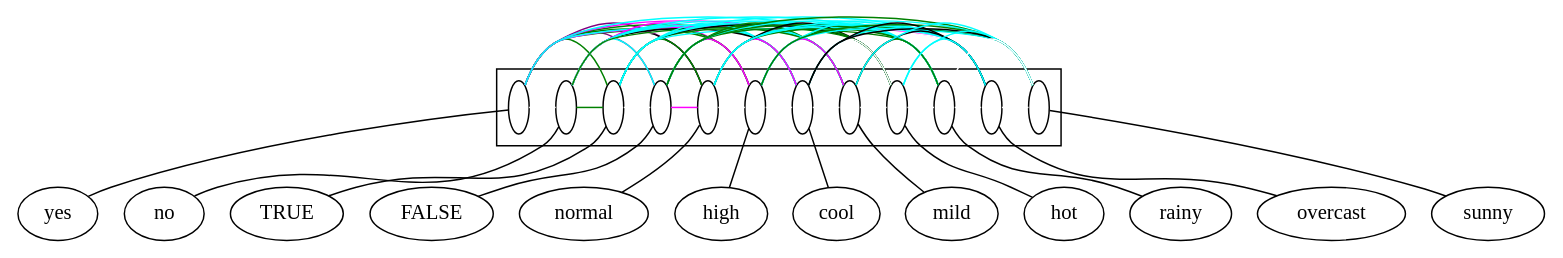
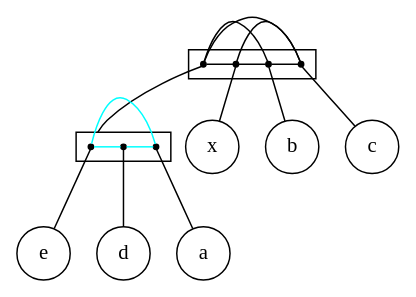
Before and after one commit to lrodrin/TFG: the diagram in src/final/linear_2-structure.dot, drawn with Graphviz. The commit also changed 14 other files, not shown here.

```diff
--- a/src/final/linear_2-structure.dot
+++ b/src/final/linear_2-structure.dot
@@ -1,112 +1,47 @@
 digraph G {
-compound=True;
-yes;
-no;
-TRUE;
-FALSE;
-normal;
-high;
-cool;
-mild;
-hot;
-rainy;
-overcast;
-sunny;
-subgraph cluster_normalyescoolrainysunnynoTRUEFALSEhighovercastmildhot {
-s_yes [label=" ", fillcolor=white, fixedsize=True, width=0.2];
-s_no [label=" ", fillcolor=white, fixedsize=True, width=0.2];
-s_TRUE [label=" ", fillcolor=white, fixedsize=True, width=0.2];
-s_FALSE [label=" ", fillcolor=white, fixedsize=True, width=0.2];
-s_normal [label=" ", fillcolor=white, fixedsize=True, width=0.2];
-s_high [label=" ", fillcolor=white, fixedsize=True, width=0.2];
-s_cool [label=" ", fillcolor=white, fixedsize=True, width=0.2];
-s_mild [label=" ", fillcolor=white, fixedsize=True, width=0.2];
-s_hot [label=" ", fillcolor=white, fixedsize=True, width=0.2];
-s_rainy [label=" ", fillcolor=white, fixedsize=True, width=0.2];
-s_overcast [label=" ", fillcolor=white, fixedsize=True, width=0.2];
-s_sunny [label=" ", fillcolor=white, fixedsize=True, width=0.2];
+compound=true;
+x [shape=circle];
+b [shape=circle];
+c [shape=circle];
+e [shape=circle];
+d [shape=circle];
+a [shape=circle];
+subgraph cluster_xdebac {
+fixedsize=true;
+s_ade [label=" ", fixedsize=true, shape=point];
+s_x [label=" ", fixedsize=true, shape=point];
+s_b [label=" ", fixedsize=true, shape=point];
+s_c [label=" ", fixedsize=true, shape=point];
 subgraph  {
 rank=same;
-s_yes -> s_no  [arrowhead=none, color=white];
-s_yes -> s_TRUE  [arrowhead=none, color=green];
-s_yes -> s_FALSE  [arrowhead=none, color=purple];
-s_yes -> s_normal  [arrowhead=none, color=purple];
-s_yes -> s_high  [arrowhead=none, color=green];
-s_yes -> s_cool  [arrowhead=none, color=green];
-s_yes -> s_mild  [arrowhead=none, color=magenta];
-s_yes -> s_hot  [arrowhead=none, color=cyan];
-s_yes -> s_rainy  [arrowhead=none, color=green];
-s_yes -> s_overcast  [arrowhead=none, color=magenta];
-s_yes -> s_sunny  [arrowhead=none, color=cyan];
-s_no -> s_TRUE  [arrowhead=none, color=green];
-s_no -> s_FALSE  [arrowhead=none, color=cyan];
-s_no -> s_normal  [arrowhead=none, color=black];
-s_no -> s_high  [arrowhead=none, color=magenta];
-s_no -> s_cool  [arrowhead=none, color=black];
-s_no -> s_mild  [arrowhead=none, color=cyan];
-s_no -> s_hot  [arrowhead=none, color=cyan];
-s_no -> s_rainy  [arrowhead=none, color=cyan];
-s_no -> s_overcast  [arrowhead=none, color=white];
-s_no -> s_sunny  [arrowhead=none, color=green];
-s_TRUE -> s_FALSE  [arrowhead=none, color=white];
-s_TRUE -> s_normal  [arrowhead=none, color=green];
-s_TRUE -> s_high  [arrowhead=none, color=green];
-s_TRUE -> s_cool  [arrowhead=none, color=cyan];
-s_TRUE -> s_mild  [arrowhead=none, color=green];
-s_TRUE -> s_hot  [arrowhead=none, color=black];
-s_TRUE -> s_rainy  [arrowhead=none, color=cyan];
-s_TRUE -> s_overcast  [arrowhead=none, color=cyan];
-s_TRUE -> s_sunny  [arrowhead=none, color=cyan];
-s_FALSE -> s_normal  [arrowhead=none, color=magenta];
-s_FALSE -> s_high  [arrowhead=none, color=magenta];
-s_FALSE -> s_cool  [arrowhead=none, color=cyan];
-s_FALSE -> s_mild  [arrowhead=none, color=green];
-s_FALSE -> s_hot  [arrowhead=none, color=green];
-s_FALSE -> s_rainy  [arrowhead=none, color=green];
-s_FALSE -> s_overcast  [arrowhead=none, color=cyan];
-s_FALSE -> s_sunny  [arrowhead=none, color=green];
-s_normal -> s_high  [arrowhead=none, color=white];
-s_normal -> s_cool  [arrowhead=none, color=magenta];
-s_normal -> s_mild  [arrowhead=none, color=cyan];
-s_normal -> s_hot  [arrowhead=none, color=black];
-s_normal -> s_rainy  [arrowhead=none, color=green];
-s_normal -> s_overcast  [arrowhead=none, color=cyan];
-s_normal -> s_sunny  [arrowhead=none, color=cyan];
-s_high -> s_cool  [arrowhead=none, color=white];
-s_high -> s_mild  [arrowhead=none, color=magenta];
-s_high -> s_hot  [arrowhead=none, color=green];
-s_high -> s_rainy  [arrowhead=none, color=cyan];
-s_high -> s_overcast  [arrowhead=none, color=cyan];
-s_high -> s_sunny  [arrowhead=none, color=green];
-s_cool -> s_mild  [arrowhead=none, color=white];
-s_cool -> s_hot  [arrowhead=none, color=white];
-s_cool -> s_rainy  [arrowhead=none, color=cyan];
-s_cool -> s_overcast  [arrowhead=none, color=black];
-s_cool -> s_sunny  [arrowhead=none, color=black];
-s_mild -> s_hot  [arrowhead=none, color=white];
-s_mild -> s_rainy  [arrowhead=none, color=green];
-s_mild -> s_overcast  [arrowhead=none, color=black];
-s_mild -> s_sunny  [arrowhead=none, color=cyan];
-s_hot -> s_rainy  [arrowhead=none, color=white];
-s_hot -> s_overcast  [arrowhead=none, color=cyan];
-s_hot -> s_sunny  [arrowhead=none, color=cyan];
-s_rainy -> s_overcast  [arrowhead=none, color=white];
-s_rainy -> s_sunny  [arrowhead=none, color=white];
-s_overcast -> s_sunny  [arrowhead=none, color=white];
+s_ade -> s_x  [arrowhead=none, color=black];
+s_ade -> s_b  [arrowhead=none, color=black];
+s_ade -> s_c  [arrowhead=none, color=black];
+s_x -> s_b  [arrowhead=none, color=black];
+s_x -> s_c  [arrowhead=none, color=black];
+s_b -> s_c  [arrowhead=none, color=black];
 }
 
 }
 
-s_yes -> yes  [arrowhead=none];
-s_no -> no  [arrowhead=none];
-s_TRUE -> TRUE  [arrowhead=none];
-s_FALSE -> FALSE  [arrowhead=none];
-s_normal -> normal  [arrowhead=none];
-s_high -> high  [arrowhead=none];
-s_cool -> cool  [arrowhead=none];
-s_mild -> mild  [arrowhead=none];
-s_hot -> hot  [arrowhead=none];
-s_rainy -> rainy  [arrowhead=none];
-s_overcast -> overcast  [arrowhead=none];
-s_sunny -> sunny  [arrowhead=none];
+subgraph cluster_ade {
+s_e [label=" ", fixedsize=true, shape=point];
+s_d [label=" ", fixedsize=true, shape=point];
+s_a [label=" ", fixedsize=true, shape=point];
+subgraph  {
+rank=same;
+s_e -> s_d  [arrowhead=none, color=cyan];
+s_e -> s_a  [arrowhead=none, color=cyan];
+s_d -> s_a  [arrowhead=none, color=cyan];
 }
+
+}
+
+s_x -> x  [arrowhead=none];
+s_b -> b  [arrowhead=none];
+s_c -> c  [arrowhead=none];
+s_e -> e  [arrowhead=none];
+s_d -> d  [arrowhead=none];
+s_a -> a  [arrowhead=none];
+s_ade -> s_e  [arrowhead=none, lhead=cluster_ade];
+}
```
